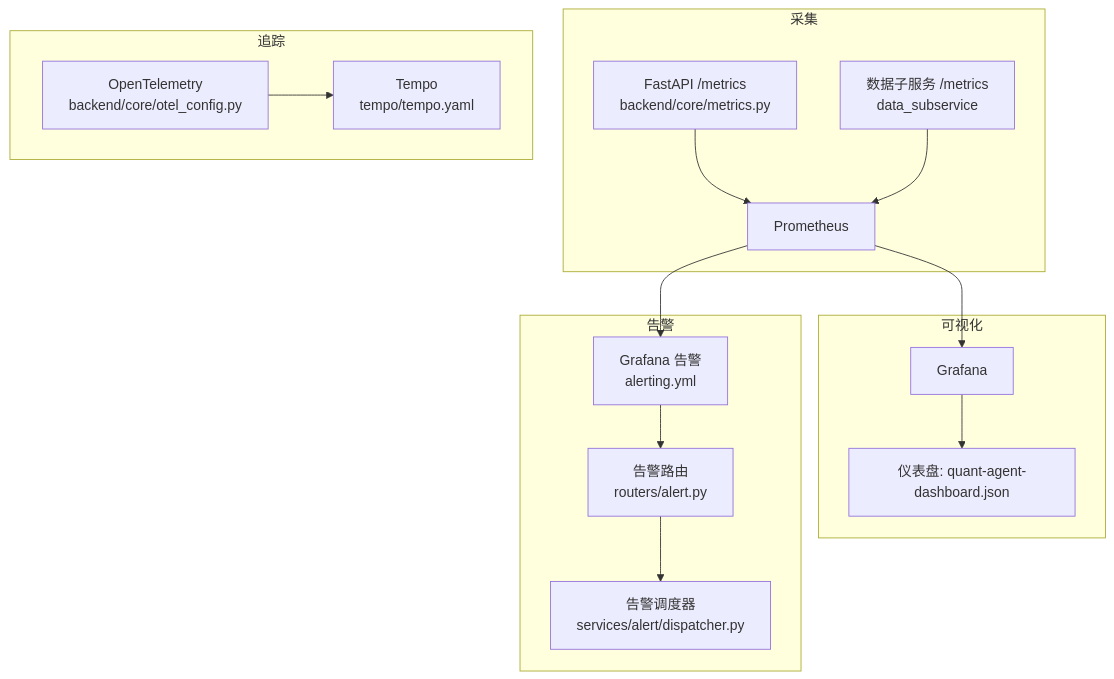
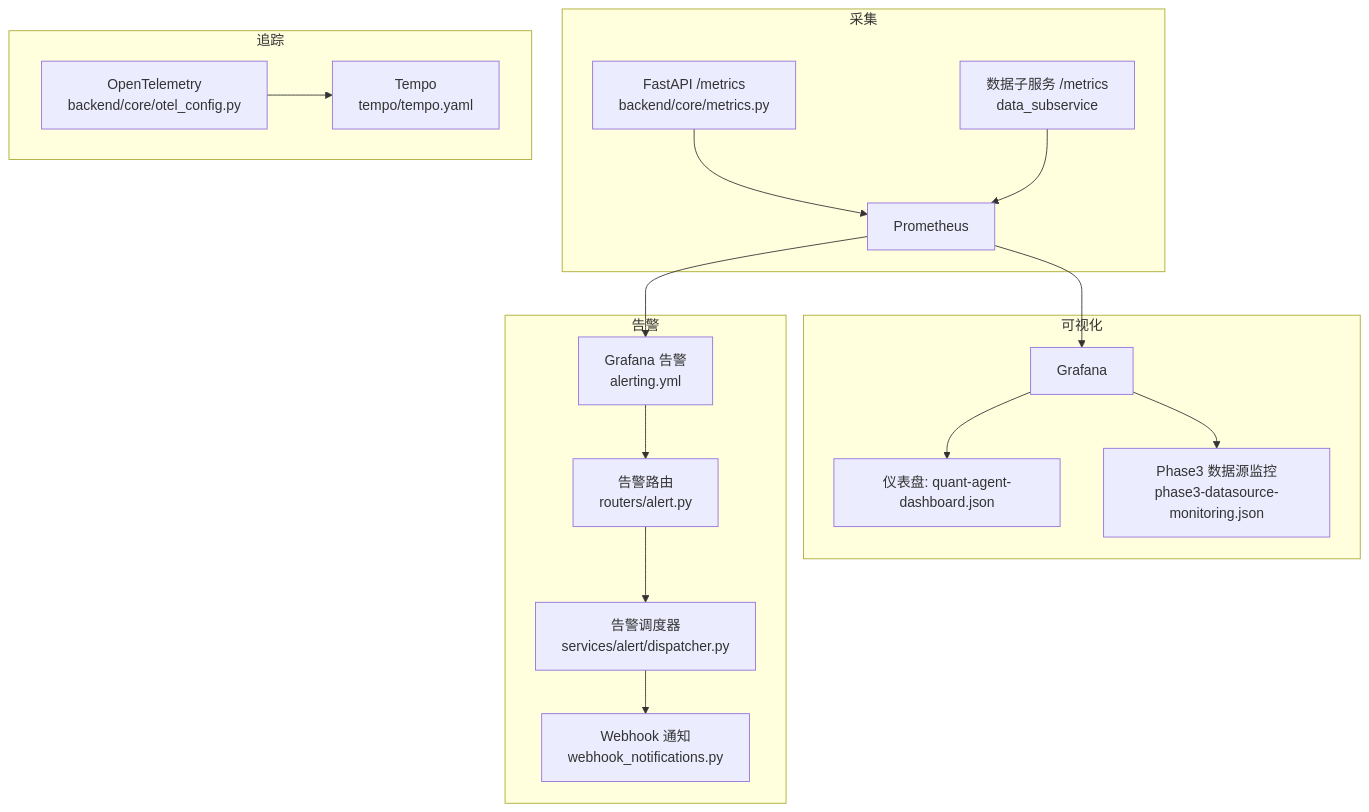
Before and after one commit to songlinhe5-lab/quant_agent: the first of 9 diagrams in .qoder/repowiki/zh/content/实时监控与告警/实时监控与告警.md, drawn with Mermaid. The commit also changed other lines of this file and 294 other files, not shown here.

````diff
--- a/.qoder/repowiki/zh/content/实时监控与告警/实时监控与告警.md
+++ b/.qoder/repowiki/zh/content/实时监控与告警/实时监控与告警.md
@@ -39,29 +53,33 @@
 ```mermaid
 graph TB
 subgraph "采集"
 P["Prometheus"]
 M["FastAPI /metrics<br/>backend/core/metrics.py"]
 DS["数据子服务 /metrics<br/>data_subservice"]
 end
 subgraph "可视化"
 G["Grafana"]
 DQ["仪表盘: quant-agent-dashboard.json"]
+D3["Phase3 数据源监控<br/>phase3-datasource-monitoring.json"]
 end
 subgraph "追踪"
 OTEL["OpenTelemetry<br/>backend/core/otel_config.py"]
 T["Tempo<br/>tempo/tempo.yaml"]
 end
 subgraph "告警"
 GA["Grafana 告警<br/>alerting.yml"]
 AR["告警路由<br/>routers/alert.py"]
 AD["告警调度器<br/>services/alert/dispatcher.py"]
+WN["Webhook 通知<br/>webhook_notifications.py"]
 end
 M --> P
 DS --> P
 P --> G
 G --> DQ
+G --> D3
 OTEL --> T
 P --> GA
 GA --> AR
 AR --> AD
+AD --> WN
 ```
````
